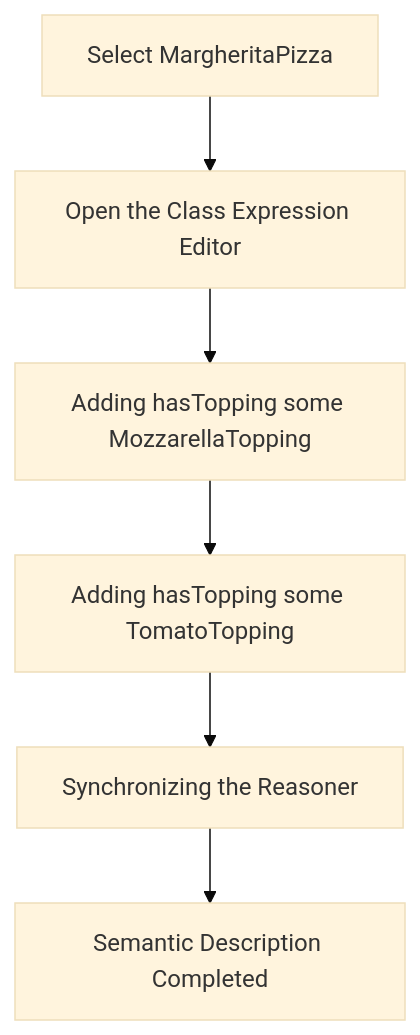
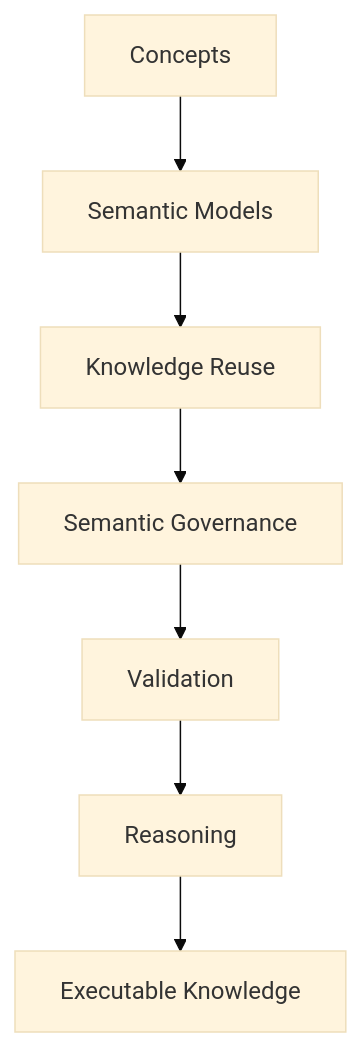
The second of 2 diagrams in ebook/markdown/ch17.md (yasenstar/protege_pizza), drawn with Mermaid (base theme) before and after one commit. The commit also changed other lines of this file and 21 other files, not shown here.

````diff
--- a/ebook/markdown/ch17.md
+++ b/ebook/markdown/ch17.md
@@ -281,9 +232,9 @@
 ```mermaid
 flowchart TD
-A[Select MargheritaPizza]
--->B[Open the Class Expression Editor]
--->C[Adding hasTopping some MozzarellaTopping]
--->D[Adding hasTopping some TomatoTopping]
--->E[Synchronizing the Reasoner]
--->F[Semantic Description Completed]
+A[Concepts]-->B[Semantic Models]
+-->C[Knowledge Reuse]
+-->D[Semantic Governance]
+-->E[Validation]
+-->F[Reasoning]
+-->G[Executable Knowledge]
 ```
````
